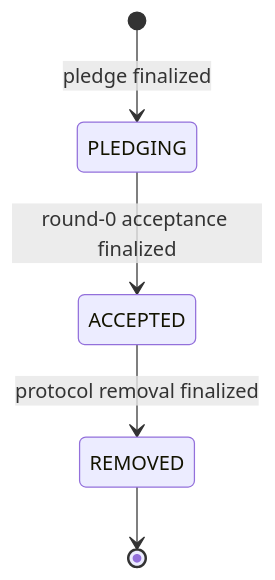
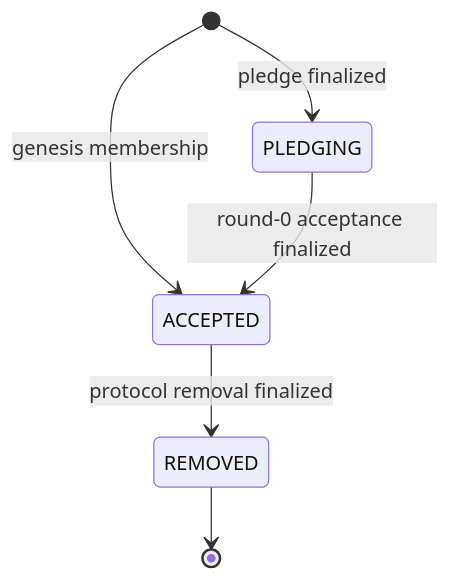
The diagram in doc/mixin-kernel-node-operations.md (MixinNetwork/mixin), drawn with Mermaid before and after one commit. The commit also changed other lines of this file and 5 other files, not shown here.

````diff
--- a/doc/mixin-kernel-node-operations.md
+++ b/doc/mixin-kernel-node-operations.md
@@ -18,7 +18,8 @@
 ```mermaid
 stateDiagram-v2
+    [*] --> ACCEPTED: genesis membership
     [*] --> PLEDGING: pledge finalized
     PLEDGING --> ACCEPTED: round-0 acceptance finalized
     ACCEPTED --> REMOVED: protocol removal finalized
     REMOVED --> [*]
 ```
````
